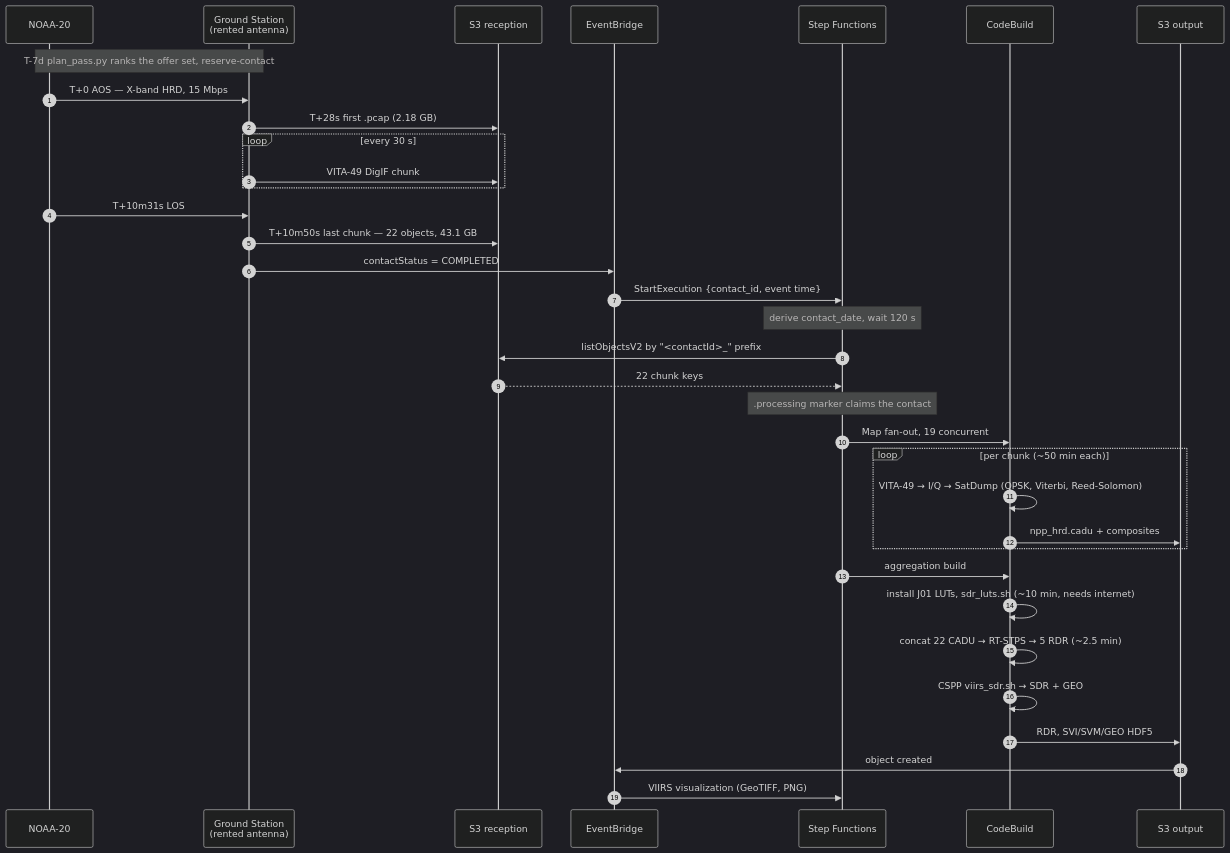
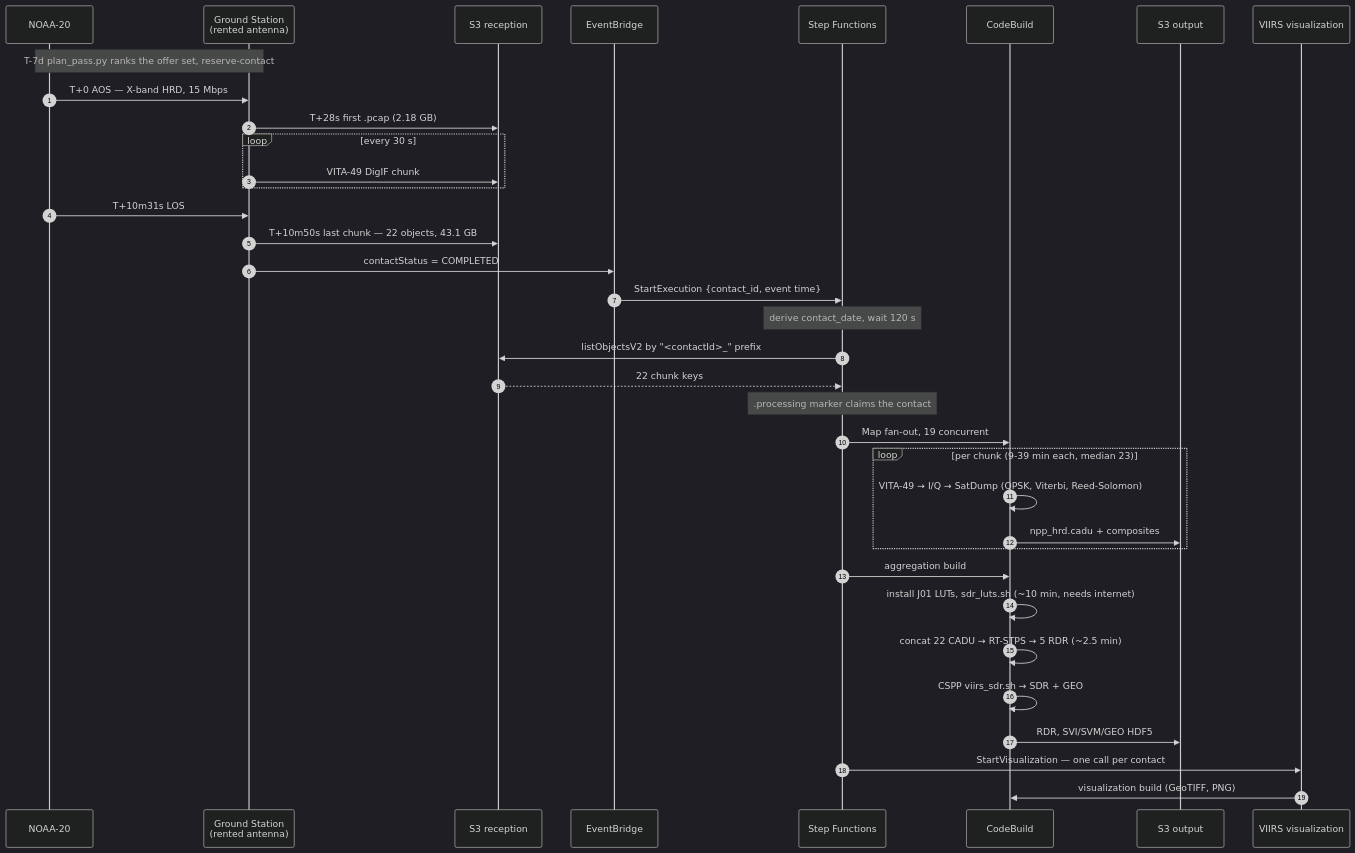
One commit to Mat0x4e/awsgroundstation changed the first of 2 diagrams in docs/ARCHITECTURE.md. Above: the diagram before and after it, drawn with Mermaid (dark theme). The commit also changed other lines of this file and 3 other files, not shown here.

````diff
--- a/docs/ARCHITECTURE.md
+++ b/docs/ARCHITECTURE.md
@@ -24,38 +24,39 @@
 ```mermaid
 sequenceDiagram
     autonumber
     participant SAT as NOAA-20
     participant GS as Ground Station<br/>(rented antenna)
     participant S3R as S3 reception
     participant EB as EventBridge
     participant SFN as Step Functions
     participant CB as CodeBuild
     participant S3O as S3 output
+    participant VIZ as VIIRS visualization
 
     Note over SAT,GS: T-7d  plan_pass.py ranks the offer set, reserve-contact
     SAT->>GS: T+0     AOS — X-band HRD, 15 Mbps
     GS->>S3R: T+28s   first .pcap (2.18 GB)
     loop every 30 s
         GS->>S3R: VITA-49 DigIF chunk
     end
     SAT->>GS: T+10m31s LOS
     GS->>S3R: T+10m50s last chunk — 22 objects, 43.1 GB
     GS->>EB: contactStatus = COMPLETED
     EB->>SFN: StartExecution {contact_id, event time}
     Note over SFN: derive contact_date, wait 120 s
     SFN->>S3R: listObjectsV2 by "<contactId>_" prefix
     S3R-->>SFN: 22 chunk keys
     Note over SFN: .processing marker claims the contact
     SFN->>CB: Map fan-out, 19 concurrent
-    loop per chunk (~50 min each)
+    loop per chunk (9-39 min each, median 23)
         CB->>CB: VITA-49 → I/Q → SatDump (QPSK, Viterbi, Reed-Solomon)
         CB->>S3O: npp_hrd.cadu + composites
     end
     SFN->>CB: aggregation build
     CB->>CB: install J01 LUTs, sdr_luts.sh (~10 min, needs internet)
     CB->>CB: concat 22 CADU → RT-STPS → 5 RDR (~2.5 min)
     CB->>CB: CSPP viirs_sdr.sh → SDR + GEO
     CB->>S3O: RDR, SVI/SVM/GEO HDF5
-    S3O->>EB: object created
-    EB->>SFN: VIIRS visualization (GeoTIFF, PNG)
+    SFN->>VIZ: StartVisualization — one call per contact
+    VIZ->>CB: visualization build (GeoTIFF, PNG)
 ```
````
